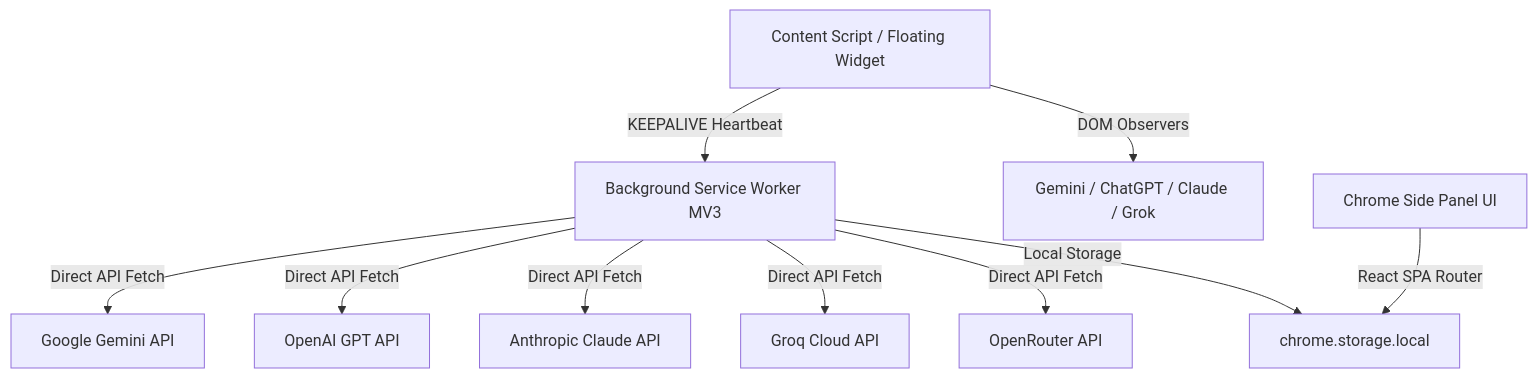
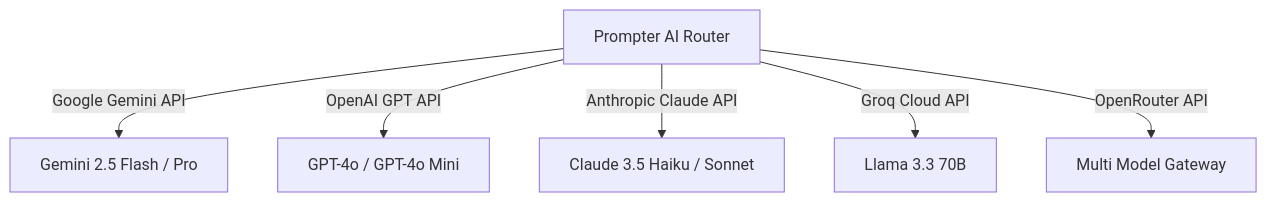
Before and after one commit to rithwikkr0/prompter-ai: the third of 4 diagrams in README.md, drawn with Mermaid. The commit also changed other lines of this file and 12 other files, not shown here.

Commit message:
feat: Prompter AI v2.2 - Contextual Intelligence Engine, Mermaid Diagram Fixes, Screenshots & Release Build

````diff
--- a/README.md
+++ b/README.md
@@ -28,12 +87,8 @@
 ```mermaid
-graph TD
-    A[Content Script / Floating Widget] -->|KEEPALIVE Heartbeat| B[Background Service Worker MV3]
-    A -->|DOM Observers| C[Gemini / ChatGPT / Claude / Grok]
-    B -->|Direct API Fetch| D[Google Gemini API]
-    B -->|Direct API Fetch| E[OpenAI GPT API]
-    B -->|Direct API Fetch| F[Anthropic Claude API]
-    B -->|Direct API Fetch| G[Groq Cloud API]
-    B -->|Direct API Fetch| H[OpenRouter API]
-    B -->|Local Storage| I[chrome.storage.local]
-    J[Chrome Side Panel UI] -->|React SPA Router| I
+flowchart TD
+    Engine["Prompter AI Router"] -->|Google Gemini API| Gemini["Gemini 2.5 Flash / Pro"]
+    Engine -->|OpenAI GPT API| OpenAI["GPT-4o / GPT-4o Mini"]
+    Engine -->|Anthropic Claude API| Claude["Claude 3.5 Haiku / Sonnet"]
+    Engine -->|Groq Cloud API| Groq["Llama 3.3 70B"]
+    Engine -->|OpenRouter API| OpenRouter["Multi Model Gateway"]
 ```
````
